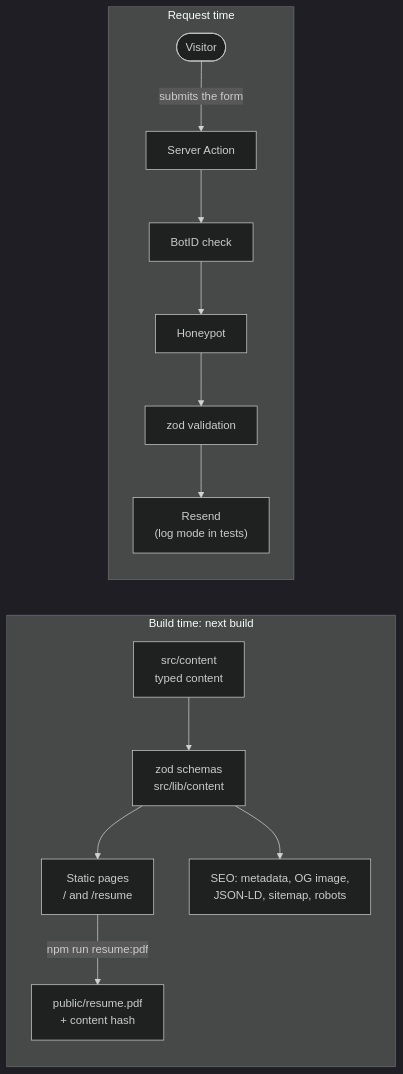
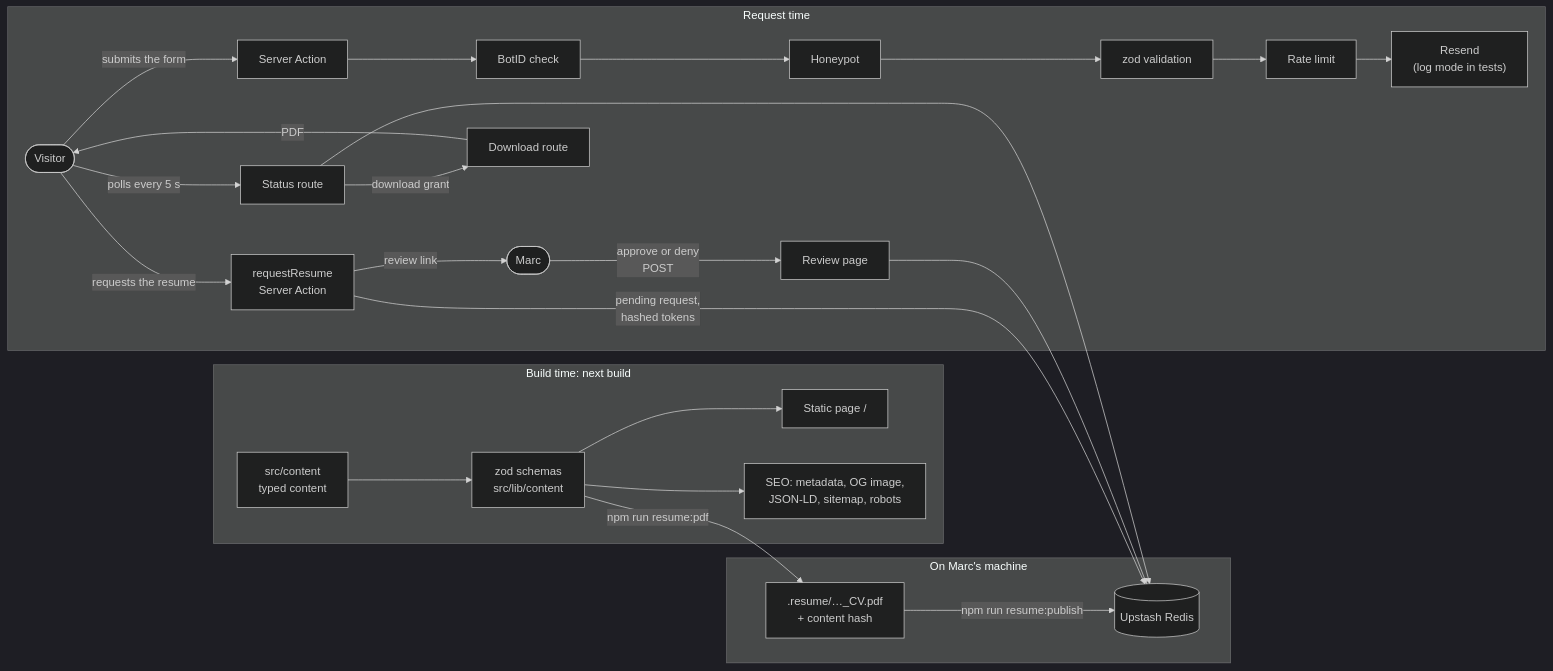
The diagram in README.md (marcdev06/marc-doneill-dev-portfolio), drawn with Mermaid (dark theme) before and after one commit. The commit also changed other lines of this file and 149 other files, not shown here.

````diff
--- a/README.md
+++ b/README.md
@@ -23,13 +25,22 @@
 ```mermaid
 flowchart LR
   subgraph build["Build time: next build"]
     content["src/content<br/>typed content"] --> schemas["zod schemas<br/>src/lib/content"]
-    schemas --> pages["Static pages<br/>/ and /resume"]
+    schemas --> pages["Static page /"]
     schemas --> seo["SEO: metadata, OG image,<br/>JSON-LD, sitemap, robots"]
-    pages -->|npm run resume:pdf| pdf["public/resume.pdf<br/>+ content hash"]
+  end
+  subgraph local["On Marc's machine"]
+    schemas -->|npm run resume:pdf| pdf[".resume/…_CV.pdf<br/>+ content hash"]
+    pdf -->|npm run resume:publish| redis[("Upstash Redis")]
   end
   subgraph request["Request time"]
     visitor(["Visitor"]) -->|submits the form| action["Server Action"]
-    action --> botid["BotID check"] --> honeypot["Honeypot"] --> validation["zod validation"] --> sender["Resend<br/>(log mode in tests)"]
+    action --> botid["BotID check"] --> honeypot["Honeypot"] --> validation["zod validation"] --> limit["Rate limit"] --> sender["Resend<br/>(log mode in tests)"]
+    visitor -->|requests the resume| resumeAction["requestResume<br/>Server Action"]
+    resumeAction -->|pending request,<br/>hashed tokens| redis
+    resumeAction -->|review link| marc(["Marc"])
+    marc -->|approve or deny<br/>POST| review["Review page"] --> redis
+    visitor -->|polls every 5 s| status["Status route"] --> redis
+    status -->|download grant| download["Download route"] -->|PDF| visitor
   end
 ```
````
